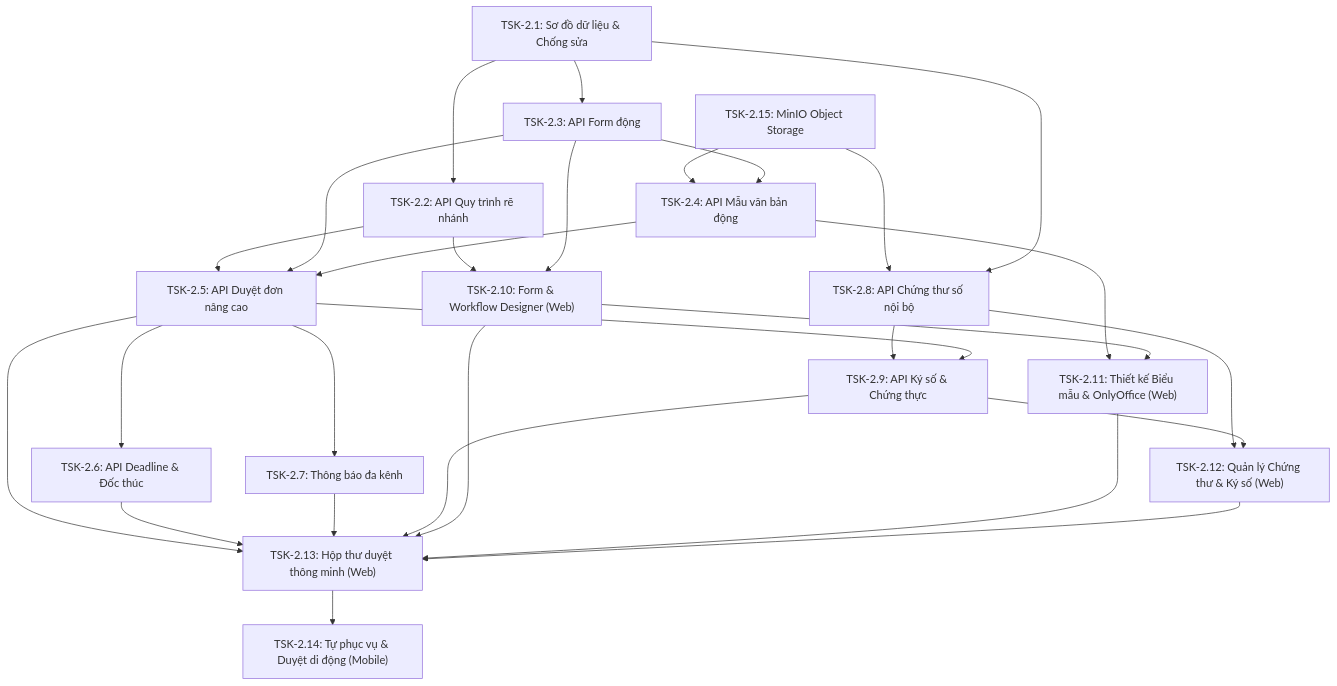
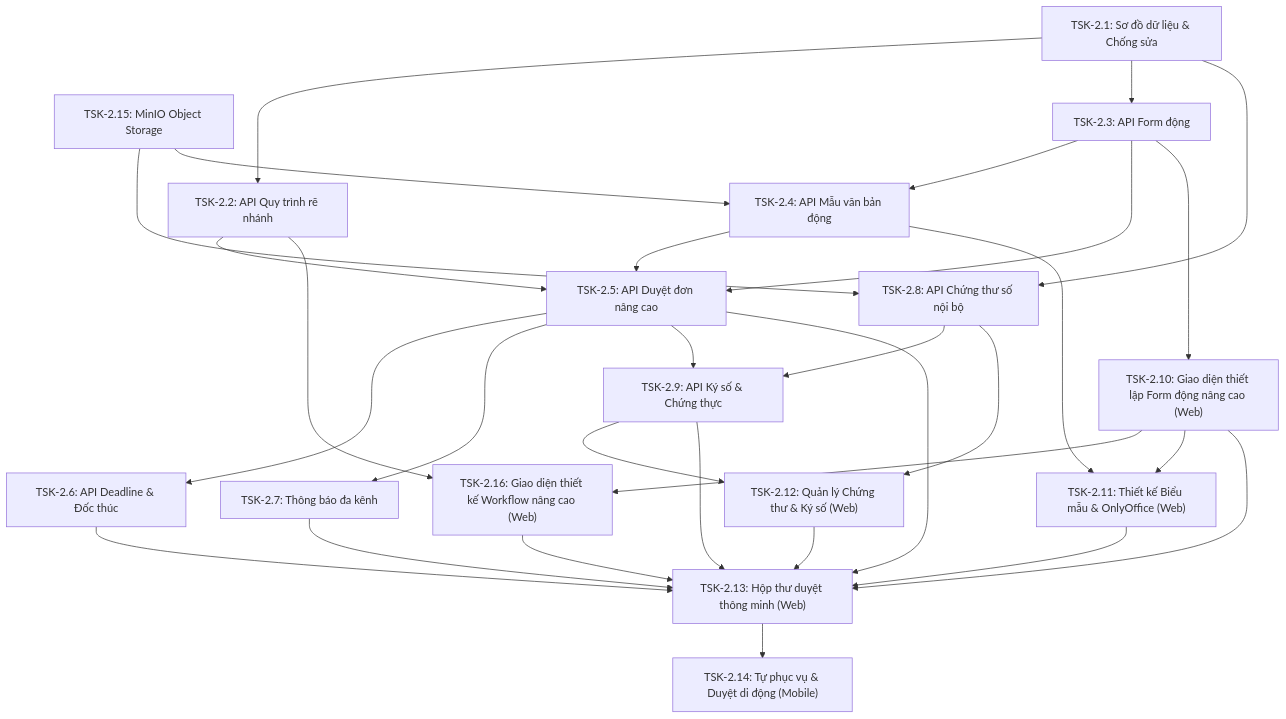
Before and after one commit to min3rd/open-erp: the diagram in docs/05_project_management/sprint_2/README.md, drawn with Mermaid. The commit also changed other lines of this file and 3 other files, not shown here.

````diff
--- a/docs/05_project_management/sprint_2/README.md
+++ b/docs/05_project_management/sprint_2/README.md
@@ -49,28 +50,29 @@
 ```mermaid
 flowchart TD
     TSK215["TSK-2.15: MinIO Object Storage"]
     TSK21["TSK-2.1: Sơ đồ dữ liệu & Chống sửa"]
     
     TSK21 --> TSK22["TSK-2.2: API Quy trình rẽ nhánh"]
     TSK21 --> TSK23["TSK-2.3: API Form động"]
     
     TSK215 & TSK21 --> TSK28["TSK-2.8: API Chứng thư số nội bộ"]
     TSK215 & TSK23 --> TSK24["TSK-2.4: API Mẫu văn bản động"]
 
     TSK22 & TSK23 & TSK24 --> TSK25["TSK-2.5: API Duyệt đơn nâng cao"]
 
     TSK25 --> TSK26["TSK-2.6: API Deadline & Đốc thúc"]
     TSK25 --> TSK27["TSK-2.7: Thông báo đa kênh"]
     
     TSK28 --> TSK29["TSK-2.9: API Ký số & Chứng thực"]
     TSK25 --> TSK29
 
-    TSK22 & TSK23 --> TSK210["TSK-2.10: Form & Workflow Designer (Web)"]
+    TSK23 --> TSK210["TSK-2.10: Giao diện thiết lập Form động nâng cao (Web)"]
+    TSK22 & TSK210 --> TSK216["TSK-2.16: Giao diện thiết kế Workflow nâng cao (Web)"]
     TSK24 & TSK210 --> TSK211["TSK-2.11: Thiết kế Biểu mẫu & OnlyOffice (Web)"]
     
     TSK28 & TSK29 --> TSK212["TSK-2.12: Quản lý Chứng thư & Ký số (Web)"]
 
-    TSK25 & TSK26 & TSK27 & TSK29 & TSK210 & TSK211 & TSK212 --> TSK213["TSK-2.13: Hộp thư duyệt thông minh (Web)"]
+    TSK25 & TSK26 & TSK27 & TSK29 & TSK210 & TSK211 & TSK212 & TSK216 --> TSK213["TSK-2.13: Hộp thư duyệt thông minh (Web)"]
     
     TSK213 --> TSK214["TSK-2.14: Tự phục vụ & Duyệt di động (Mobile)"]
 ```
````
